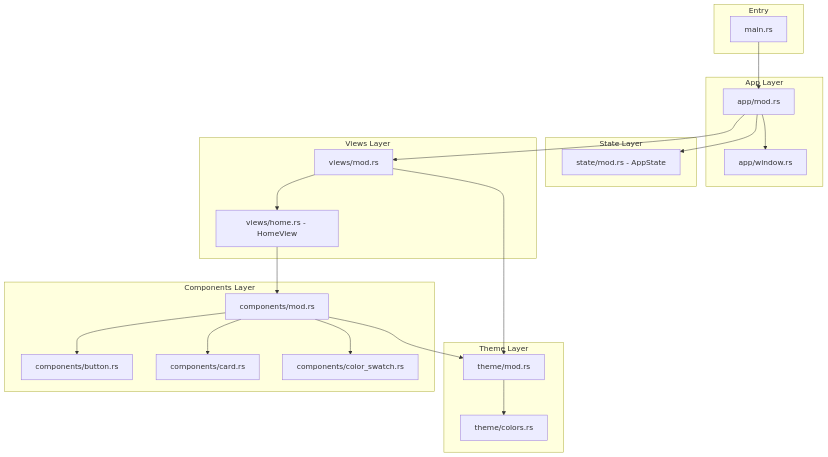
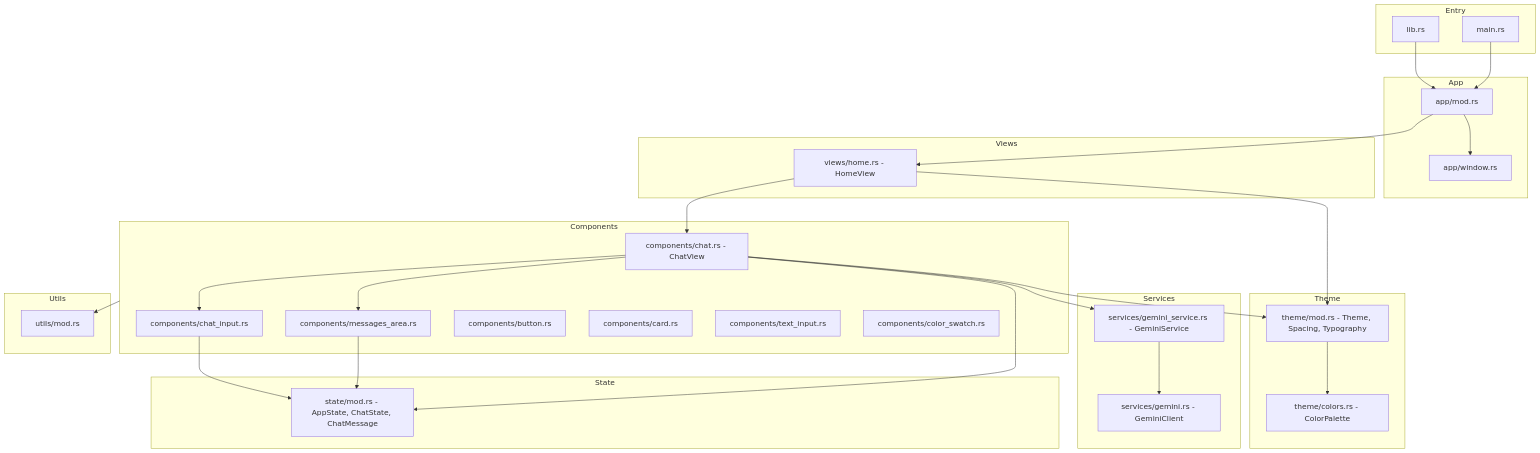
The diagram in rust-gpui-app/ARCHITECTURE.md (weolopez/rust-learning), drawn with Mermaid before and after one commit. The commit also changed other lines of this file and 5 other files, not shown here.

First line of the commit message:
feat: Enhance messages area with rich content support and actions

````diff
--- a/rust-gpui-app/ARCHITECTURE.md
+++ b/rust-gpui-app/ARCHITECTURE.md
@@ -42,45 +52,61 @@
 ```mermaid
 graph TB
     subgraph Entry
-        main[main.rs]
+        A[main.rs]
+        B[lib.rs]
     end
-    
-    subgraph App Layer
-        app[app/mod.rs]
-        window[app/window.rs]
+
+    subgraph App
+        C[app/mod.rs]
+        D[app/window.rs]
     end
-    
-    subgraph State Layer
-        state[state/mod.rs - AppState]
+
+    subgraph Views
+        E[views/home.rs - HomeView]
     end
-    
-    subgraph Theme Layer
-        theme[theme/mod.rs]
-        colors[theme/colors.rs]
+
+    subgraph Components
+        F[components/chat.rs - ChatView]
+        G[components/messages_area.rs]
+        H[components/chat_input.rs]
+        I[components/button.rs]
+        J[components/card.rs]
+        K[components/text_input.rs]
+        L[components/color_swatch.rs]
     end
-    
-    subgraph Views Layer
-        views[views/mod.rs]
-        home[views/home.rs - HomeView]
+
+    subgraph Services
+        M[services/gemini_service.rs - GeminiService]
+        N[services/gemini.rs - GeminiClient]
     end
-    
-    subgraph Components Layer
-        components[components/mod.rs]
-        button[components/button.rs]
-        card[components/card.rs]
-        swatch[components/color_swatch.rs]
+
+    subgraph State
+        O[state/mod.rs - AppState, ChatState, ChatMessage]
     end
-    
-    main --> app
-    app --> window
-    app --> state
-    app --> views
-    views --> home
-    home --> components
-    components --> button
-    components --> card
-    components --> swatch
-    theme --> colors
-    views --> theme
-    components --> theme
+
+    subgraph Theme
+        P[theme/mod.rs - Theme, Spacing, Typography]
+        Q[theme/colors.rs - ColorPalette]
+    end
+
+    subgraph Utils
+        R[utils/mod.rs]
+    end
+
+    A --> C
+    B --> C
+    C --> D
+    C --> E
+    E --> F
+    F --> G
+    F --> H
+    F --> M
+    M --> N
+    F --> O
+    G --> O
+    H --> O
+    F --> P
+    P --> Q
+    E --> P
+    Components --> R
 ```
````
